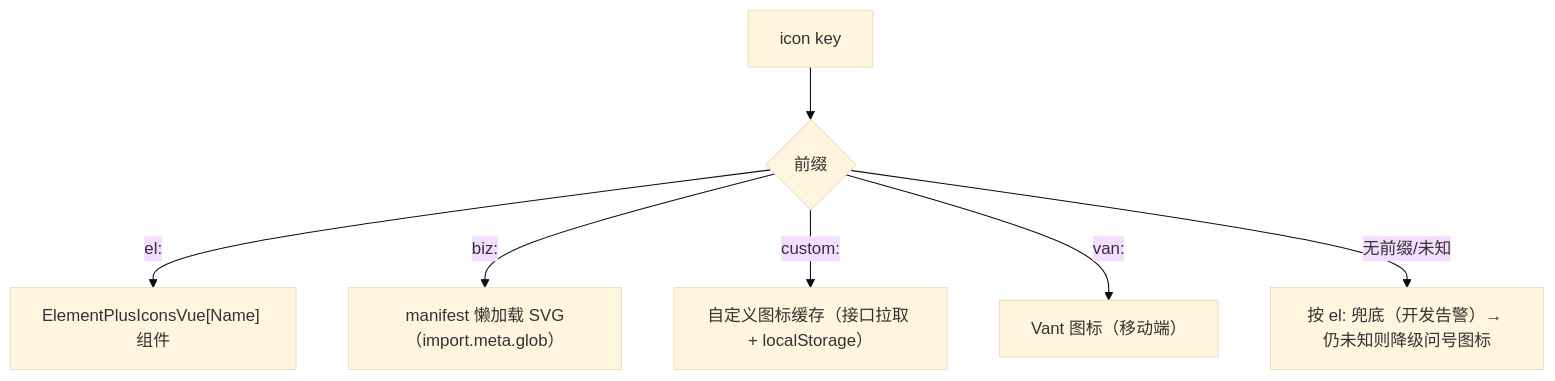
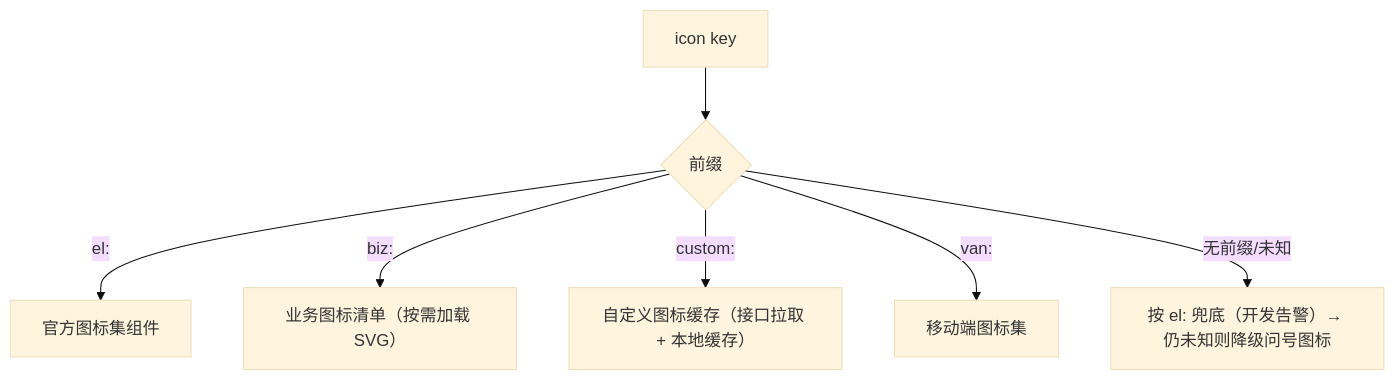
Before and after one commit to minjian123/basic-management-system: the diagram in bms文档/设计/组件设计/08_交互类/03_组件设计_图标选择器/03_组件设计_图标选择器.md, drawn with Mermaid (base theme). The commit also changed other lines of this file and 238 other files, not shown here.

````diff
--- a/bms文档/设计/组件设计/08_交互类/03_组件设计_图标选择器/03_组件设计_图标选择器.md
+++ b/bms文档/设计/组件设计/08_交互类/03_组件设计_图标选择器/03_组件设计_图标选择器.md
@@ -48,9 +48,9 @@
 ```mermaid
 flowchart TD
     A["icon key"] --> B{"前缀"}
-    B -->|"el:"| C["ElementPlusIconsVue[Name] 组件"]
-    B -->|"biz:"| D["manifest 懒加载 SVG（import.meta.glob）"]
-    B -->|"custom:"| E["自定义图标缓存（接口拉取 + localStorage）"]
-    B -->|"van:"| F["Vant 图标（移动端）"]
+    B -->|"el:"| C["官方图标集组件"]
+    B -->|"biz:"| D["业务图标清单（按需加载 SVG）"]
+    B -->|"custom:"| E["自定义图标缓存（接口拉取 + 本地缓存）"]
+    B -->|"van:"| F["移动端图标集"]
     B -->|"无前缀/未知"| G["按 el: 兜底（开发告警）→ 仍未知则降级问号图标"]
 ```
````
